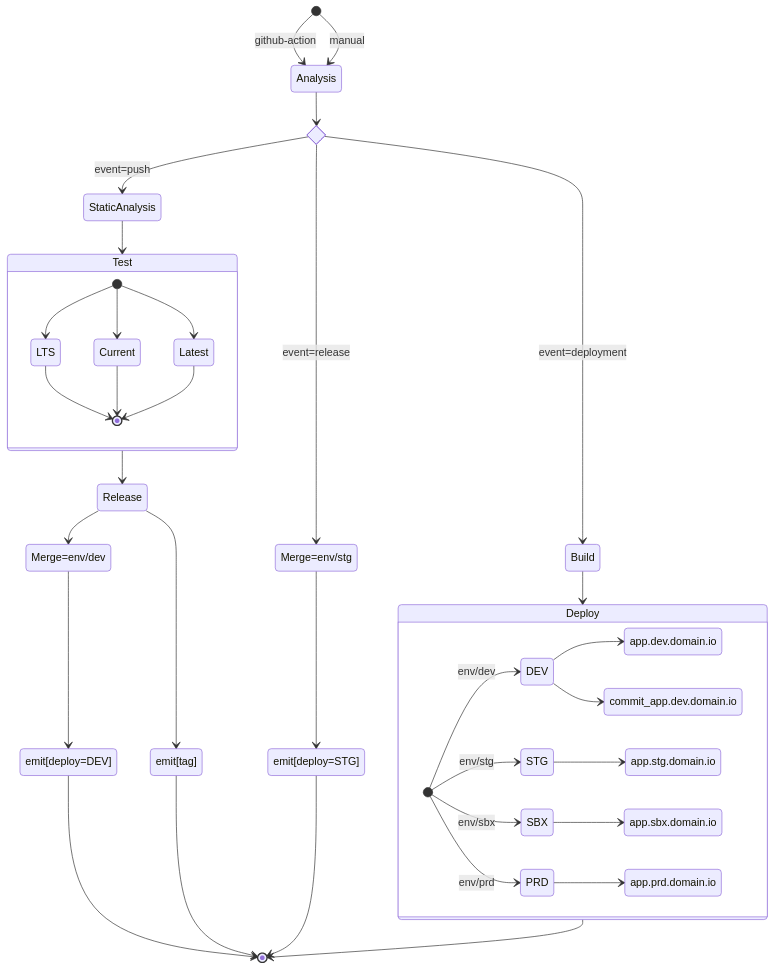
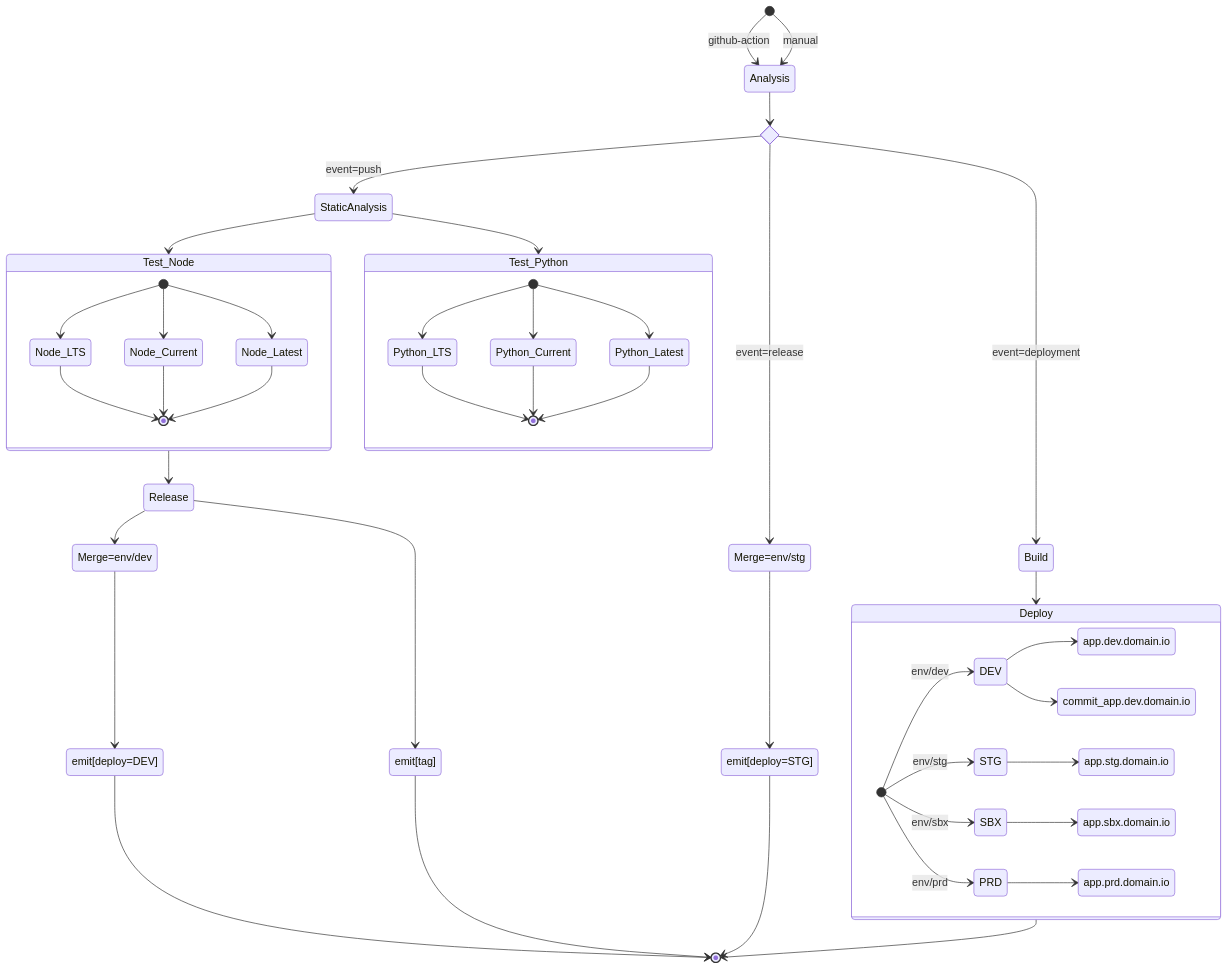
The first of 3 diagrams in README.md (filipeforattini/ff-iac-github-actions), drawn with Mermaid before and after one commit. The commit also changed other lines of this file and 1 other file, not shown here.

Commit message:
fix: empty commit for testing

````diff
--- a/README.md
+++ b/README.md
@@ -71,48 +71,58 @@
 ```mermaid
 stateDiagram-v2
     [*] --> Analysis: github-action
     [*] --> Analysis: manual
 
     state if_event <<choice>>
     Analysis --> if_event
     if_event --> Build : event=deployment
     if_event --> StaticAnalysis: event=push
     if_event --> Merge=env/stg: event=release
 
-    StaticAnalysis --> Test
+    StaticAnalysis --> Test_Node
+    StaticAnalysis --> Test_Python
 
-    state Test {
-      [*] --> LTS
-      [*] --> Current
-      [*] --> Latest
-      LTS --> [*]
-      Current --> [*]
-      Latest --> [*]
+    state Test_Node {
+      [*] --> Node_LTS
+      [*] --> Node_Current
+      [*] --> Node_Latest
+      Node_LTS --> [*]
+      Node_Current --> [*]
+      Node_Latest --> [*]
+    }
+
+    state Test_Python {
+      [*] --> Python_LTS
+      [*] --> Python_Current
+      [*] --> Python_Latest
+      Python_LTS --> [*]
+      Python_Current --> [*]
+      Python_Latest --> [*]
     }
     
-    Test --> Release
+    Test_Node --> Release
     Release --> Merge=env/dev
     Release --> emit[tag]
 
     Merge=env/dev --> emit[deploy=DEV]
     emit[deploy=DEV] --> [*]
     emit[tag] --> [*]
 
     Merge=env/stg --> emit[deploy=STG]
     emit[deploy=STG] --> [*]
 
     Build --> Deploy
     state Deploy {
       direction LR
       [*] --> DEV: env/dev
       [*] --> STG: env/stg
       [*] --> SBX: env/sbx
       [*] --> PRD: env/prd
       DEV --> app.dev.domain.io
       DEV --> commit_app.dev.domain.io
       STG --> app.stg.domain.io
       SBX --> app.sbx.domain.io
       PRD --> app.prd.domain.io
     }
     Deploy --> [*]
 ```
````
